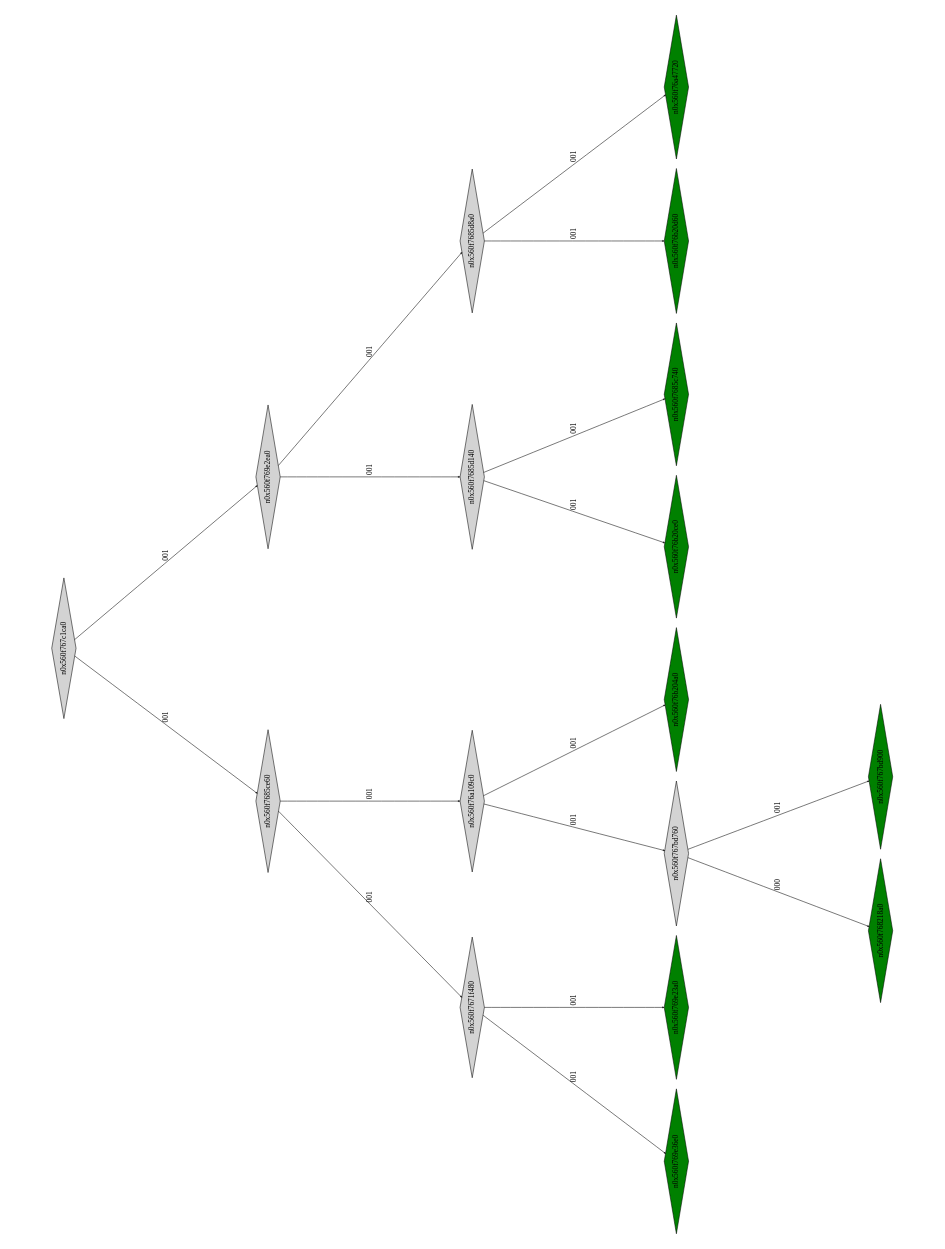
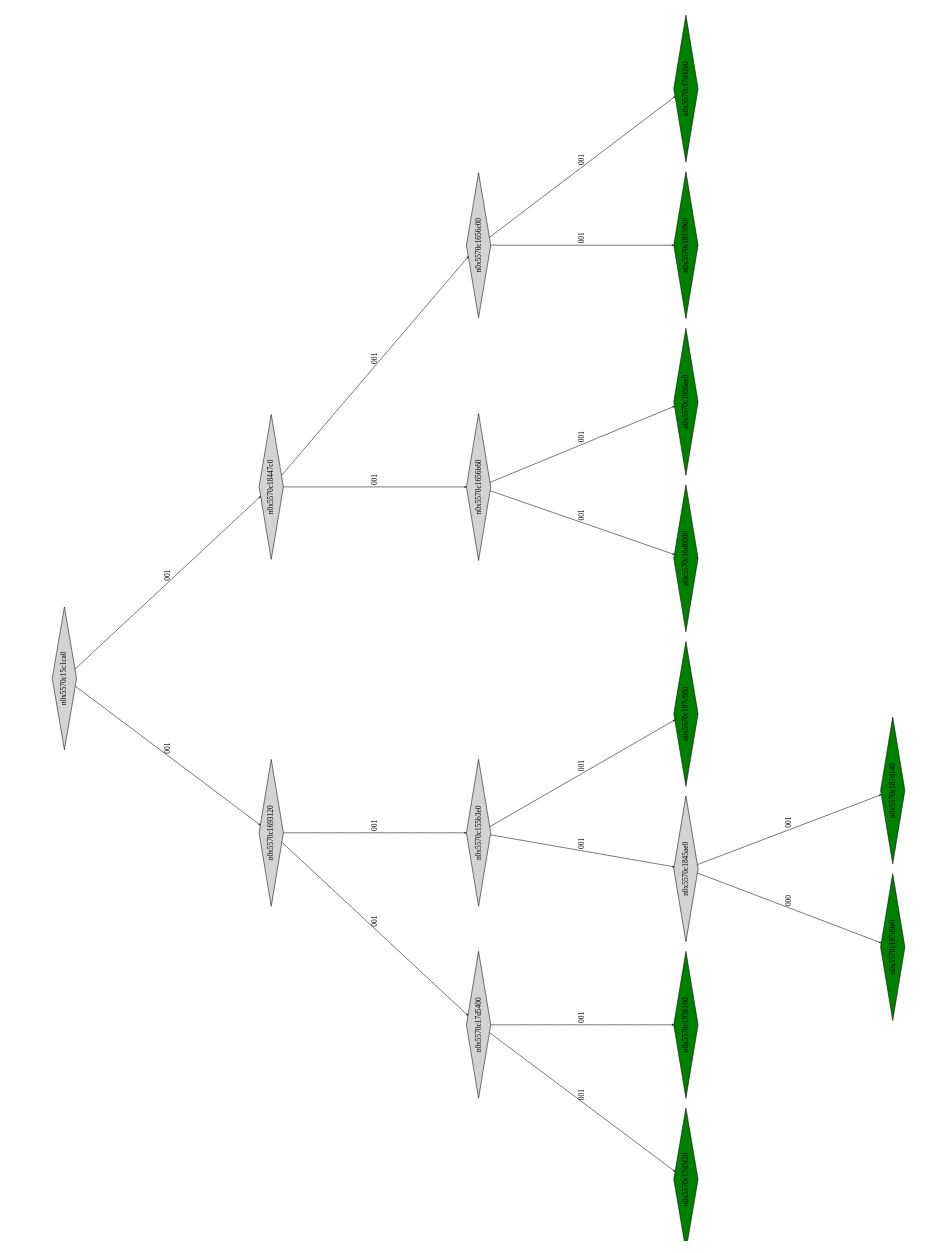
One commit to Research-Tools-PAVT/PSE-Program-Examples changed the diagram in montyhall_klee_out/ptree_00001069.dot. Above: the diagram before and after it, drawn with Graphviz. The commit also changed 38 other files, not shown here.

```diff
--- a/montyhall_klee_out/ptree_00001069.dot
+++ b/montyhall_klee_out/ptree_00001069.dot
@@ -1,41 +1,41 @@
 digraph G {
 	size="10,7.5";
 	ratio=fill;
 	rotate=90;
 	center = "true";
 	node [style="filled",width=.1,height=.1,fontname="Terminus"]
 	edge [arrowsize=.3]
-	n0x560f767c1ca0 [shape=diamond];
-	n0x560f767c1ca0 -> n0x560f7685ce60 [label=001];
-	n0x560f767c1ca0 -> n0x560f769e2ea0 [label=001];
-	n0x560f769e2ea0 [shape=diamond];
-	n0x560f769e2ea0 -> n0x560f7685d140 [label=001];
-	n0x560f769e2ea0 -> n0x560f7685d8a0 [label=001];
-	n0x560f7685d8a0 [shape=diamond];
-	n0x560f7685d8a0 -> n0x560f76b20d60 [label=001];
-	n0x560f7685d8a0 -> n0x560f76a47720 [label=001];
-	n0x560f76a47720 [shape=diamond,fillcolor=green];
-	n0x560f76b20d60 [shape=diamond,fillcolor=green];
-	n0x560f7685d140 [shape=diamond];
-	n0x560f7685d140 -> n0x560f76b20ce0 [label=001];
-	n0x560f7685d140 -> n0x560f7685c740 [label=001];
-	n0x560f7685c740 [shape=diamond,fillcolor=green];
-	n0x560f76b20ce0 [shape=diamond,fillcolor=green];
-	n0x560f7685ce60 [shape=diamond];
-	n0x560f7685ce60 -> n0x560f7671f480 [label=001];
-	n0x560f7685ce60 -> n0x560f76a109c0 [label=001];
-	n0x560f76a109c0 [shape=diamond];
-	n0x560f76a109c0 -> n0x560f767bd760 [label=001];
-	n0x560f76a109c0 -> n0x560f76b204a0 [label=001];
-	n0x560f76b204a0 [shape=diamond,fillcolor=green];
-	n0x560f767bd760 [shape=diamond];
-	n0x560f767bd760 -> n0x560f768218a0 [label=000];
-	n0x560f767bd760 -> n0x560f767bd900 [label=001];
-	n0x560f767bd900 [shape=diamond,fillcolor=green];
-	n0x560f768218a0 [shape=diamond,fillcolor=green];
-	n0x560f7671f480 [shape=diamond];
-	n0x560f7671f480 -> n0x560f769e36e0 [label=001];
-	n0x560f7671f480 -> n0x560f769e23a0 [label=001];
-	n0x560f769e23a0 [shape=diamond,fillcolor=green];
-	n0x560f769e36e0 [shape=diamond,fillcolor=green];
+	n0x5570c15c1ca0 [shape=diamond];
+	n0x5570c15c1ca0 -> n0x5570c1693120 [label=001];
+	n0x5570c15c1ca0 -> n0x5570c18447c0 [label=001];
+	n0x5570c18447c0 [shape=diamond];
+	n0x5570c18447c0 -> n0x5570c1656b60 [label=001];
+	n0x5570c18447c0 -> n0x5570c1656c00 [label=001];
+	n0x5570c1656c00 [shape=diamond];
+	n0x5570c1656c00 -> n0x5570c1819860 [label=001];
+	n0x5570c1656c00 -> n0x5570c17d42e0 [label=001];
+	n0x5570c17d42e0 [shape=diamond,fillcolor=green];
+	n0x5570c1819860 [shape=diamond,fillcolor=green];
+	n0x5570c1656b60 [shape=diamond];
+	n0x5570c1656b60 -> n0x5570c16d6000 [label=001];
+	n0x5570c1656b60 -> n0x5570c1956ee0 [label=001];
+	n0x5570c1956ee0 [shape=diamond,fillcolor=green];
+	n0x5570c16d6000 [shape=diamond,fillcolor=green];
+	n0x5570c1693120 [shape=diamond];
+	n0x5570c1693120 -> n0x5570c17d5400 [label=001];
+	n0x5570c1693120 -> n0x5570c155b3e0 [label=001];
+	n0x5570c155b3e0 [shape=diamond];
+	n0x5570c155b3e0 -> n0x5570c1845ae0 [label=001];
+	n0x5570c155b3e0 -> n0x5570c187c980 [label=001];
+	n0x5570c187c980 [shape=diamond,fillcolor=green];
+	n0x5570c1845ae0 [shape=diamond];
+	n0x5570c1845ae0 -> n0x5570c187d0e0 [label=000];
+	n0x5570c1845ae0 -> n0x5570c187d140 [label=001];
+	n0x5570c187d140 [shape=diamond,fillcolor=green];
+	n0x5570c187d0e0 [shape=diamond,fillcolor=green];
+	n0x5570c17d5400 [shape=diamond];
+	n0x5570c17d5400 -> n0x5570c17d5f20 [label=001];
+	n0x5570c17d5400 -> n0x5570c1956160 [label=001];
+	n0x5570c1956160 [shape=diamond,fillcolor=green];
+	n0x5570c17d5f20 [shape=diamond,fillcolor=green];
 }
```
